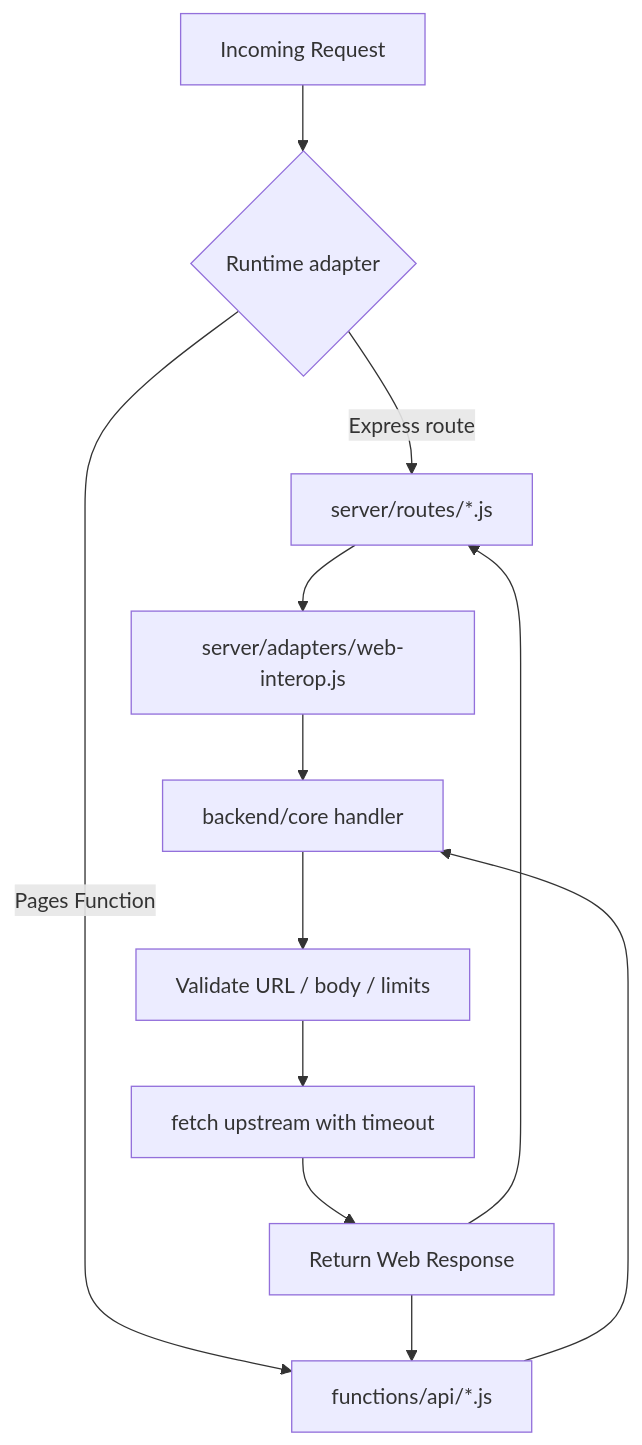
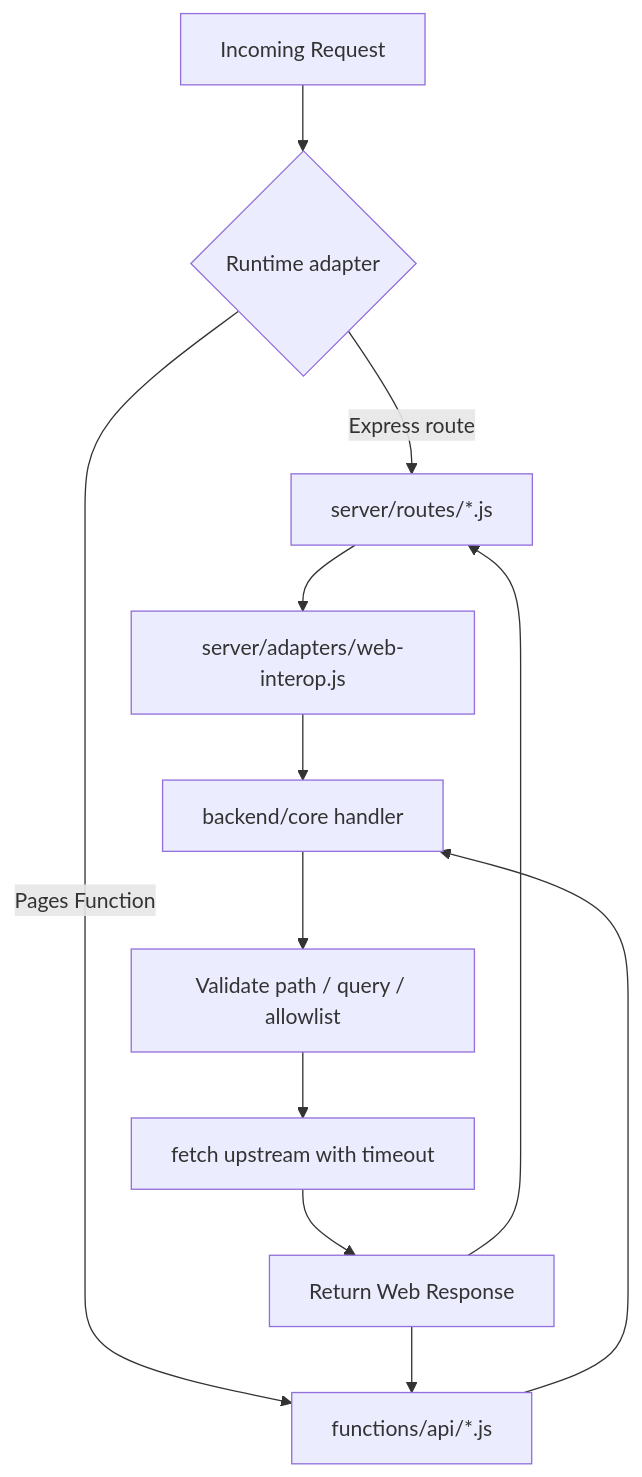
One commit to virtuecho/sina7x24 changed the second of 3 diagrams in ARCHITECTURE.md. Above: the diagram before and after it, drawn with Mermaid. The commit also changed other lines of this file and 14 other files, not shown here.

````diff
--- a/ARCHITECTURE.md
+++ b/ARCHITECTURE.md
@@ -139,16 +113,16 @@
 ```mermaid
 flowchart TD
   Request["Incoming Request"] --> Adapter{"Runtime adapter"}
   Adapter -->|"Express route"| NodeAdapter["server/routes/*.js"]
   Adapter -->|"Pages Function"| CfAdapter["functions/api/*.js"]
 
   NodeAdapter --> Bridge["server/adapters/web-interop.js"]
   Bridge --> CoreHandler["backend/core handler"]
   CfAdapter --> CoreHandler
 
-  CoreHandler --> Validate["Validate URL / body / limits"]
+  CoreHandler --> Validate["Validate path / query / allowlist"]
   Validate --> Fetch["fetch upstream with timeout"]
   Fetch --> Response["Return Web Response"]
   Response --> NodeAdapter
   Response --> CfAdapter
 ```
````
